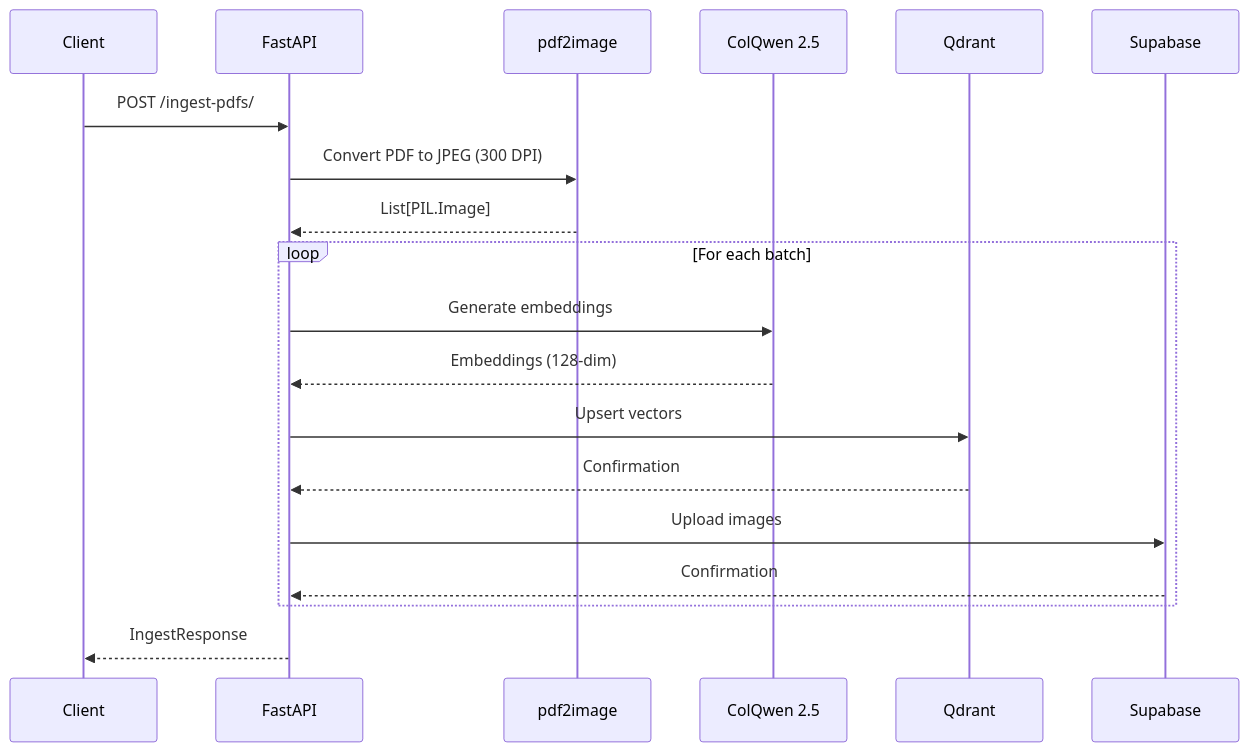
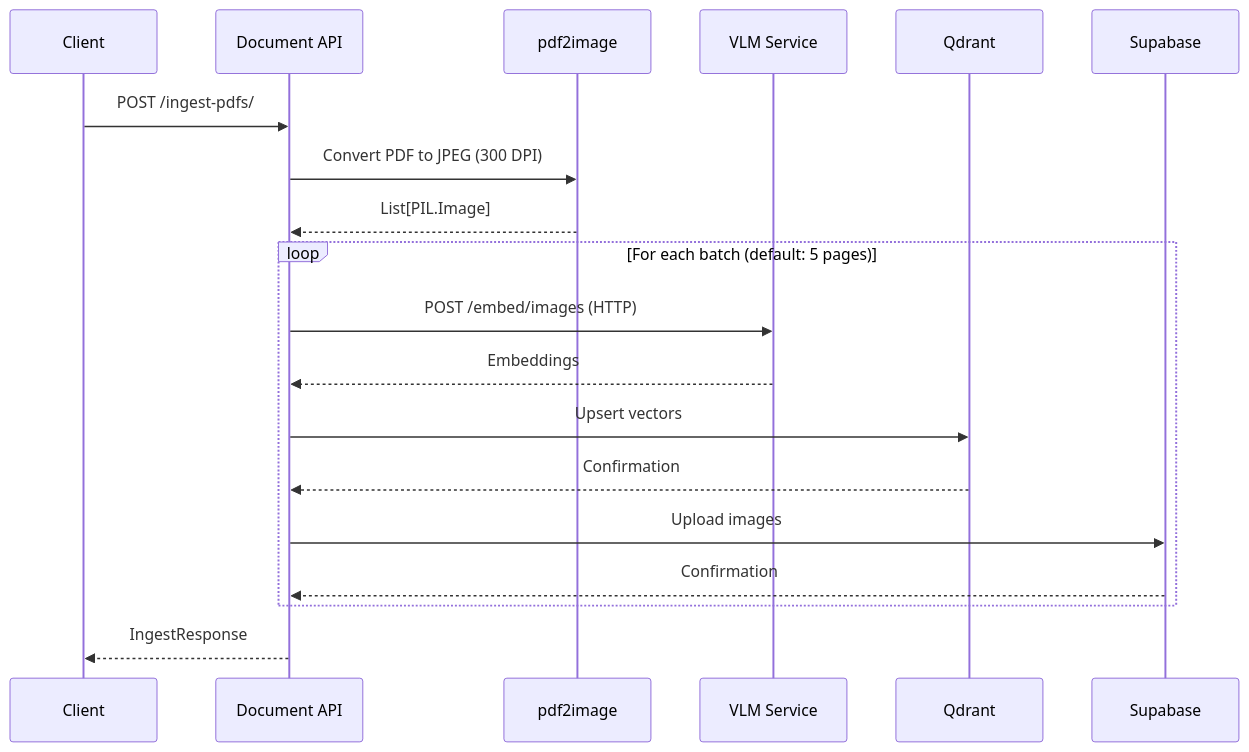
The first of 2 diagrams in docs/api-reference.md (akosgintl/colpali-rag-app), drawn with Mermaid before and after one commit. The commit also changed other lines of this file and 84 other files, not shown here.

Commit message:
refactored to document-api and colpali-vlm projects

````diff
--- a/docs/api-reference.md
+++ b/docs/api-reference.md
@@ -29,24 +29,24 @@
 ```mermaid
 sequenceDiagram
     participant Client
-    participant API as FastAPI
+    participant API as Document API
     participant PDF as pdf2image
-    participant ColQwen as ColQwen 2.5
+    participant VLM as VLM Service
     participant Qdrant
     participant Supabase
 
     Client->>API: POST /ingest-pdfs/
     API->>PDF: Convert PDF to JPEG (300 DPI)
     PDF-->>API: List[PIL.Image]
 
-    loop For each batch
-        API->>ColQwen: Generate embeddings
-        ColQwen-->>API: Embeddings (128-dim)
+    loop For each batch (default: 5 pages)
+        API->>VLM: POST /embed/images (HTTP)
+        VLM-->>API: Embeddings
         API->>Qdrant: Upsert vectors
         Qdrant-->>API: Confirmation
         API->>Supabase: Upload images
         Supabase-->>API: Confirmation
     end
 
     API-->>Client: IngestResponse
 ```
````
